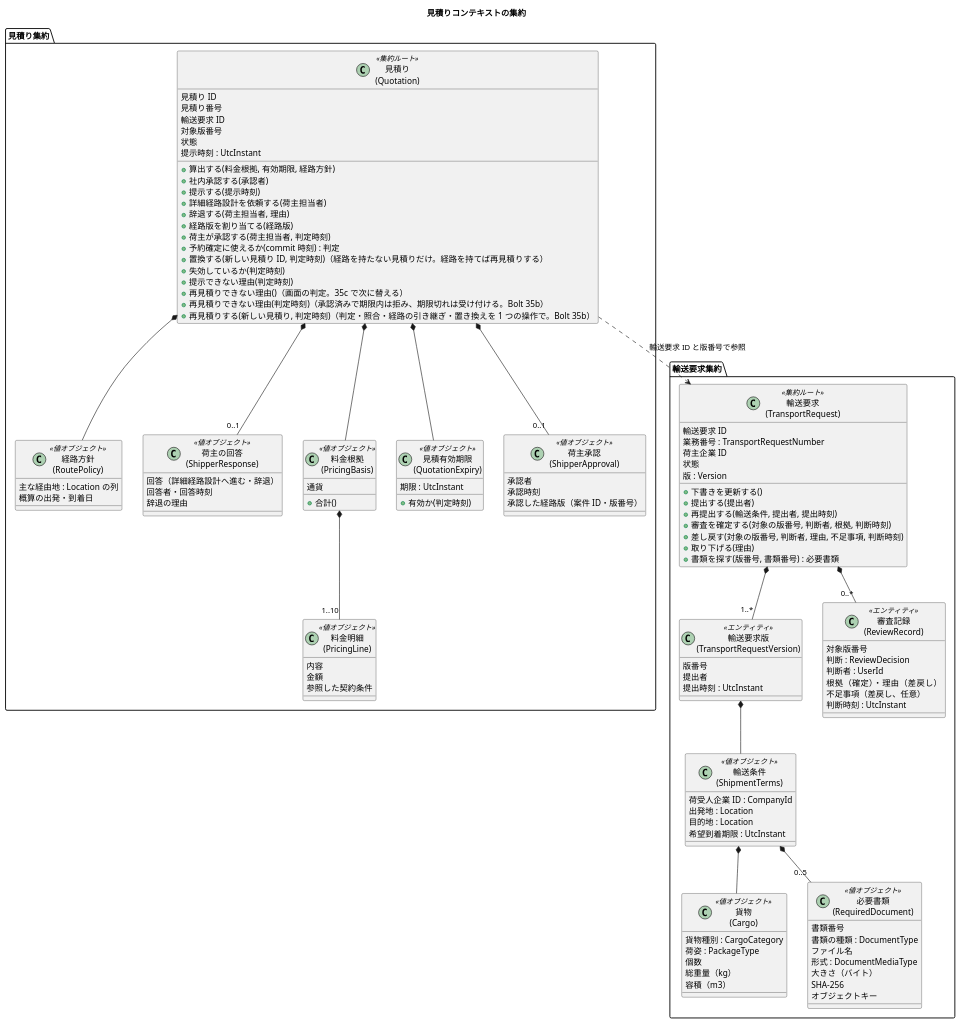
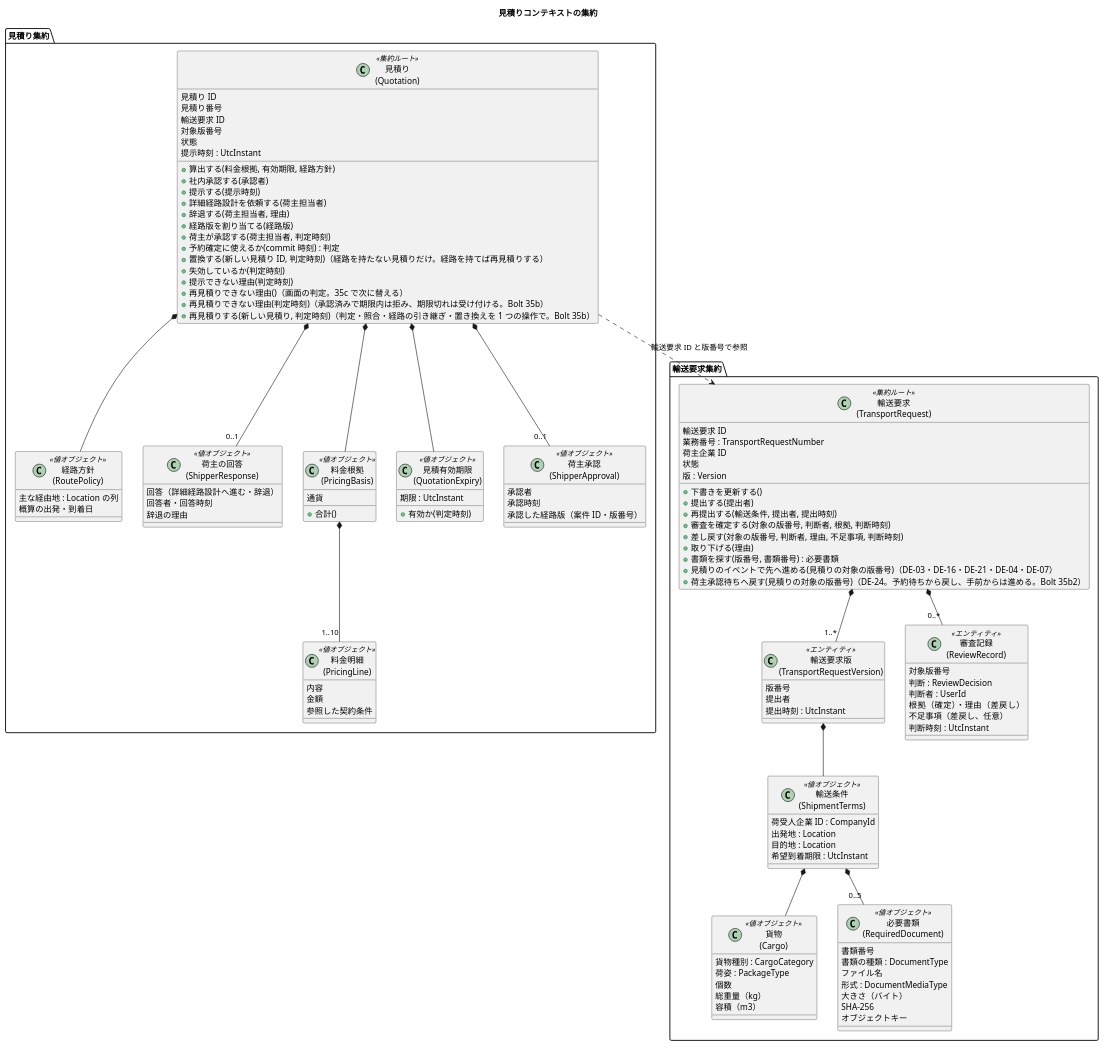
One commit to k2works/practical-domain-driven-design-in-enterpris-application changed the third of 23 diagrams in docs/design/cargo-tracker/domain_model.md. Above: the diagram before and after it, drawn with PlantUML. The commit also changed other lines of this file and 9 other files, not shown here.

```diff
--- a/docs/design/cargo-tracker/domain_model.md
+++ b/docs/design/cargo-tracker/domain_model.md
@@ -357,6 +357,8 @@
     + 差し戻す(対象の版番号, 判断者, 理由, 不足事項, 判断時刻)
     + 取り下げる(理由)
     + 書類を探す(版番号, 書類番号) : 必要書類
+    + 見積りのイベントで先へ進める(見積りの対象の版番号)（DE-03・DE-16・DE-21・DE-04・DE-07）
+    + 荷主承認待ちへ戻す(見積りの対象の版番号)（DE-24。予約待ちから戻し、手前からは進める。Bolt 35b2）
   }
   class "輸送要求版\n(TransportRequestVersion)" as TRV <<エンティティ>> {
     版番号
```
